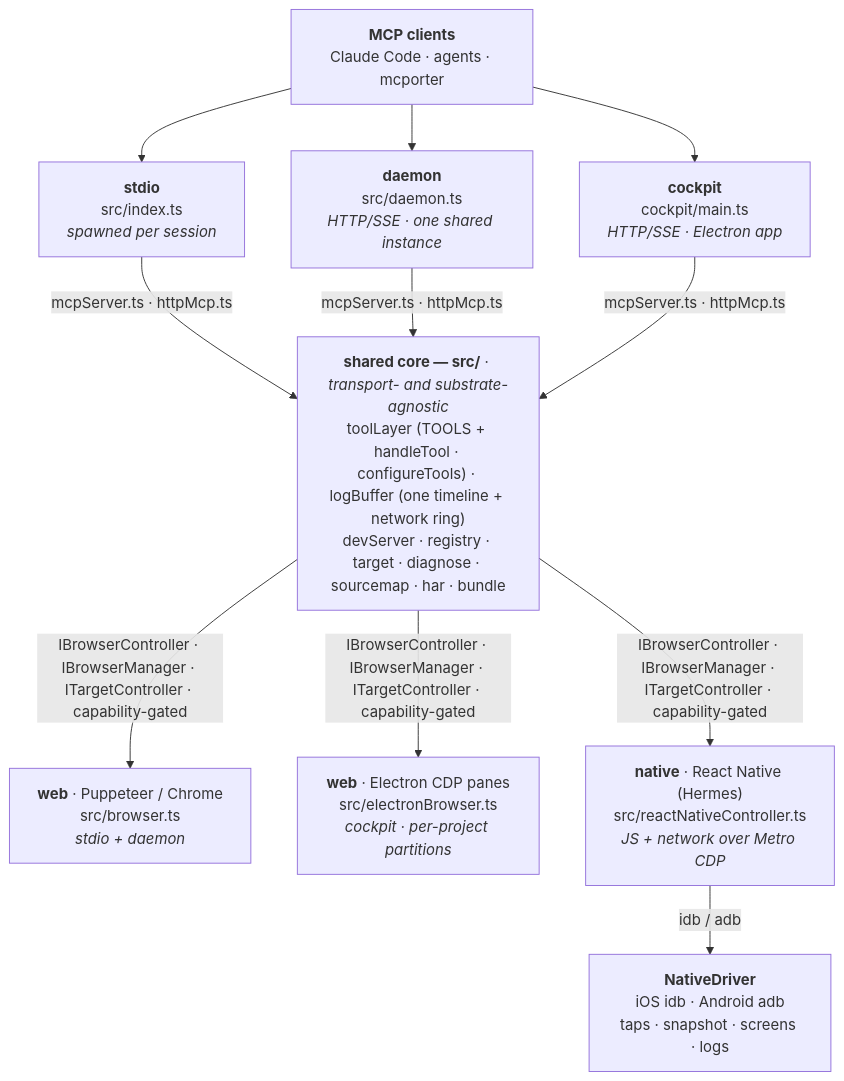
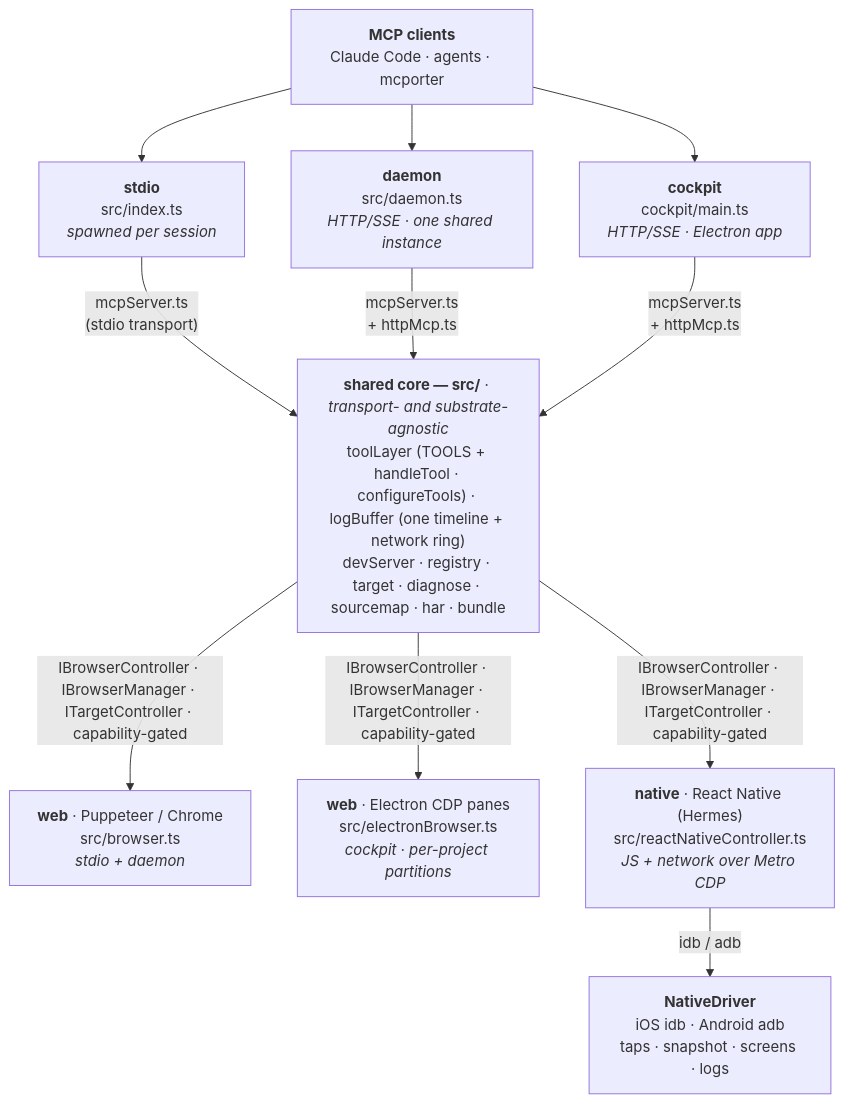
The diagram in README.md (vincentvella/devloop), drawn with Mermaid before and after one commit. The commit also changed other lines of this file and 1 other file, not shown here.

Commit message:
docs: correct transport edges — httpMcp.ts is daemon + cockpit only (not stdio)
The fan edge labeled all three transport→core links "mcpServer.ts · httpMcp.ts", wrongly
implying stdio uses httpMcp. Split into per-transport edges: stdio → mcpServer.ts (stdio
transport); daemon/cockpit → mcpServer.ts + httpMcp.ts. mcpServer.ts (the MCP Server
factory) is shared by all three; httpMcp.ts (Streamable HTTP) is only the two HTTP
transports. Module map clarified to match.

````diff
--- a/README.md
+++ b/README.md
@@ -38,21 +38,23 @@
 ```mermaid
 flowchart TD
   clients["<b>MCP clients</b><br/>Claude Code · agents · mcporter"]
   clients --> stdio & daemon & cockpit
 
   stdio["<b>stdio</b><br/>src/index.ts<br/><i>spawned per session</i>"]
   daemon["<b>daemon</b><br/>src/daemon.ts<br/><i>HTTP/SSE · one shared instance</i>"]
   cockpit["<b>cockpit</b><br/>cockpit/main.ts<br/><i>HTTP/SSE · Electron app</i>"]
 
-  stdio & daemon & cockpit -->|"mcpServer.ts · httpMcp.ts"| core
+  stdio -->|"mcpServer.ts<br/>(stdio transport)"| core
+  daemon -->|"mcpServer.ts<br/>+ httpMcp.ts"| core
+  cockpit -->|"mcpServer.ts<br/>+ httpMcp.ts"| core
 
   core["<b>shared core — src/</b> · <i>transport- and substrate-agnostic</i><br/>toolLayer (TOOLS + handleTool · configureTools) · logBuffer (one timeline + network ring)<br/>devServer · registry · target · diagnose · sourcemap · har · bundle"]
 
   core -->|"IBrowserController · IBrowserManager · ITargetController · capability-gated"| pup & elec & rn
 
   pup["<b>web</b> · Puppeteer / Chrome<br/>src/browser.ts<br/><i>stdio + daemon</i>"]
   elec["<b>web</b> · Electron CDP panes<br/>src/electronBrowser.ts<br/><i>cockpit · per-project partitions</i>"]
   rn["<b>native</b> · React Native (Hermes)<br/>src/reactNativeController.ts<br/><i>JS + network over Metro CDP</i>"]
 
   rn -->|"idb / adb"| nd["<b>NativeDriver</b><br/>iOS idb · Android adb<br/>taps · snapshot · screens · logs"]
 ```
````
